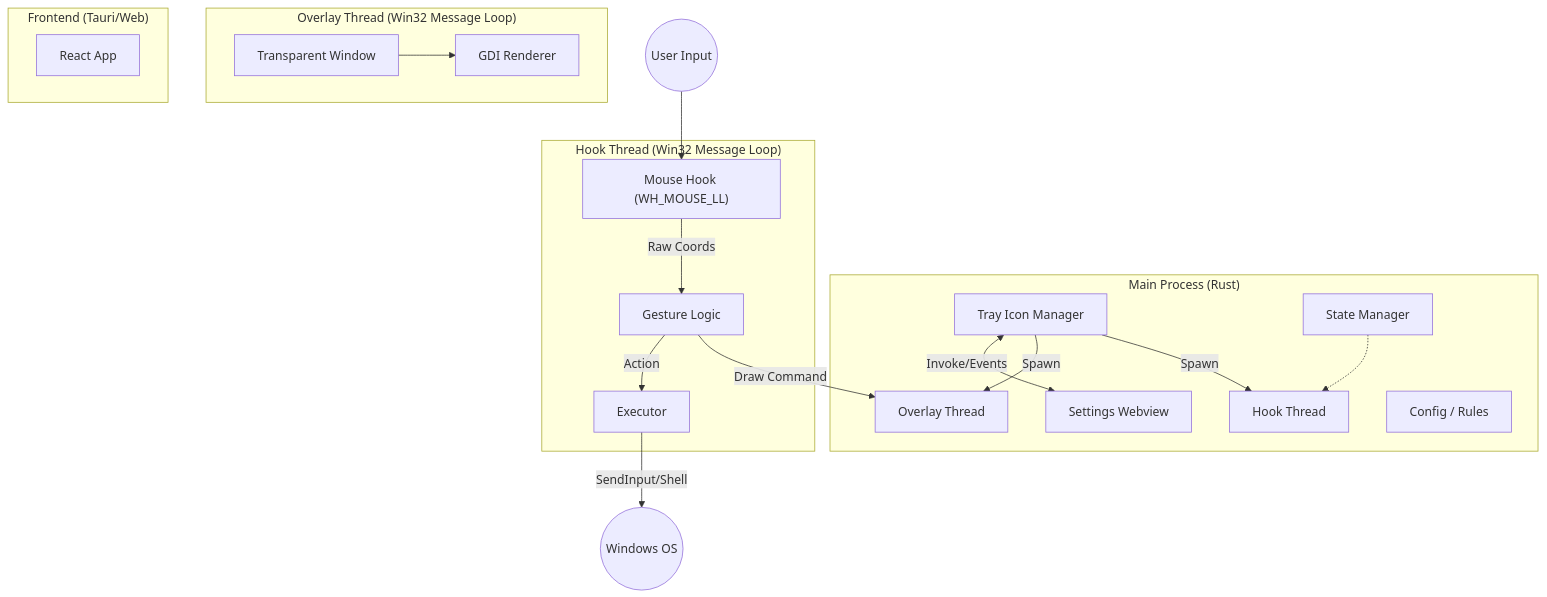
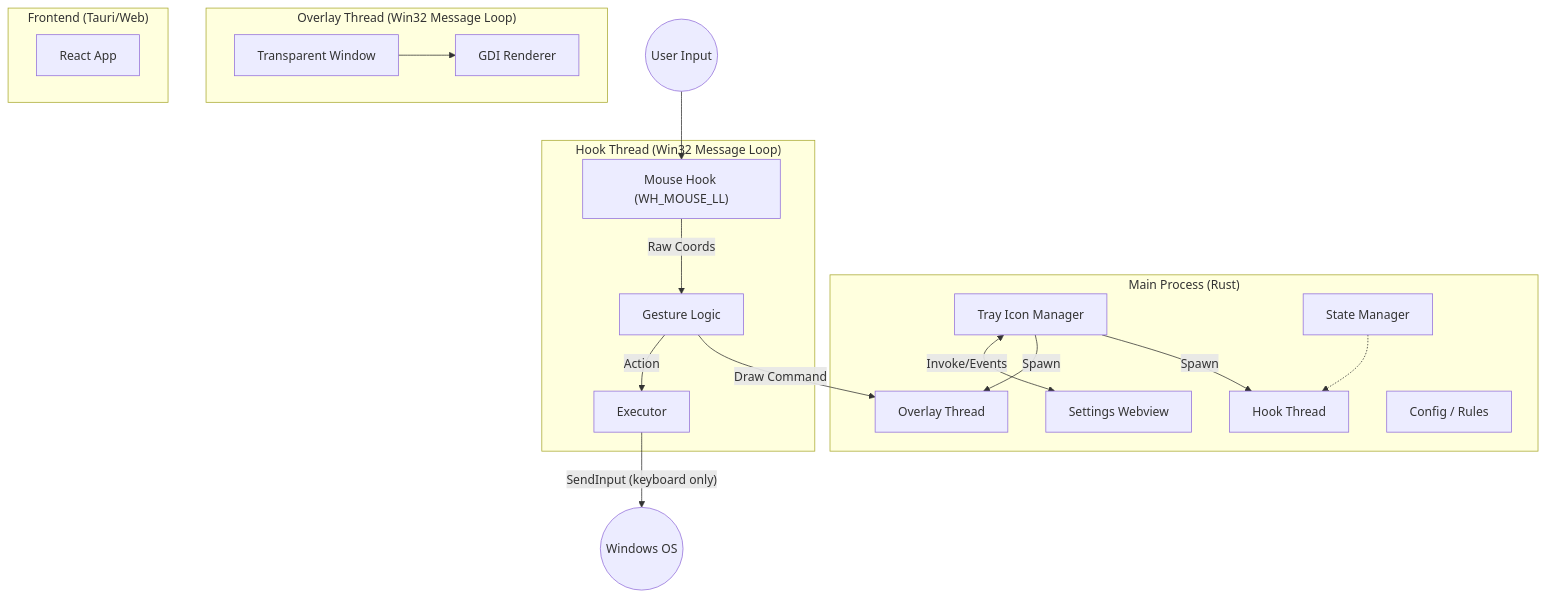
One commit to r4ai/zero-gesture changed the diagram in docs/architecture.md. Above: the diagram before and after it, drawn with Mermaid. The commit also changed other lines of this file and 4 other files, not shown here.

Commit message:
docs: address multiplatform architecture review

````diff
--- a/docs/architecture.md
+++ b/docs/architecture.md
@@ -23,34 +23,34 @@
 ```mermaid
 graph TD
     subgraph "Main Process (Rust)"
         T[Tray Icon Manager] -->|Spawn| H[Hook Thread]
         T -->|Spawn| O[Overlay Thread]
         T <-->|Invoke/Events| W[Settings Webview]
 
         SM[State Manager]
         note1[Config / Rules]
         SM -.-> H
     end
 
     subgraph "Hook Thread (Win32 Message Loop)"
         HM["Mouse Hook (WH_MOUSE_LL)"]
         GL[Gesture Logic]
 
         HM -->|Raw Coords| GL
         GL -->|Draw Command| O
         GL -->|Action| EX[Executor]
     end
 
     subgraph "Overlay Thread (Win32 Message Loop)"
         WIN[Transparent Window]
 
         WIN --> GDI[GDI Renderer]
     end
 
     subgraph "Frontend (Tauri/Web)"
         UI[React App]
     end
 
     User((User Input)) --> HM
-    EX -->|SendInput/Shell| OS((Windows OS))
+    EX -->|"SendInput (keyboard only)"| OS((Windows OS))
 ```
````
